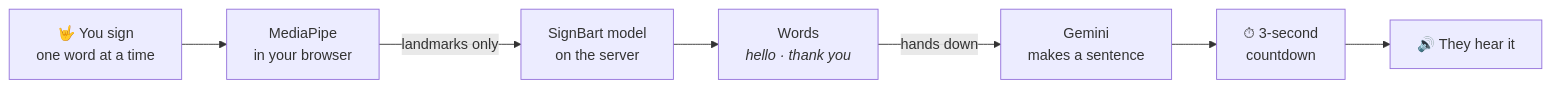
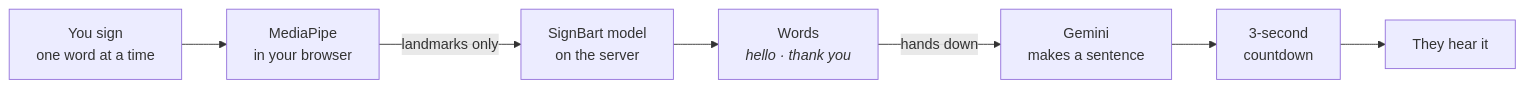
One commit to GaneshMunagala714/fingertips changed the first of 3 diagrams in README.md. Above: the diagram before and after it, drawn with Mermaid. The commit also changed other lines of this file, not shown here.

Commit message:
README: plain diagrams, no icons

````diff
--- a/README.md
+++ b/README.md
@@ -66,9 +66,9 @@
 ```mermaid
 flowchart LR
-    A["🤟 You sign<br/>one word at a time"] --> B["MediaPipe<br/>in your browser"]
+    A["You sign<br/>one word at a time"] --> B["MediaPipe<br/>in your browser"]
     B -- "landmarks only" --> C["SignBart model<br/>on the server"]
     C --> D["Words<br/><i>hello · thank you</i>"]
     D -- "hands down" --> E["Gemini<br/>makes a sentence"]
-    E --> F["⏱ 3-second<br/>countdown"]
-    F --> G["🔊 They hear it"]
+    E --> F["3-second<br/>countdown"]
+    F --> G["They hear it"]
 ```
````
